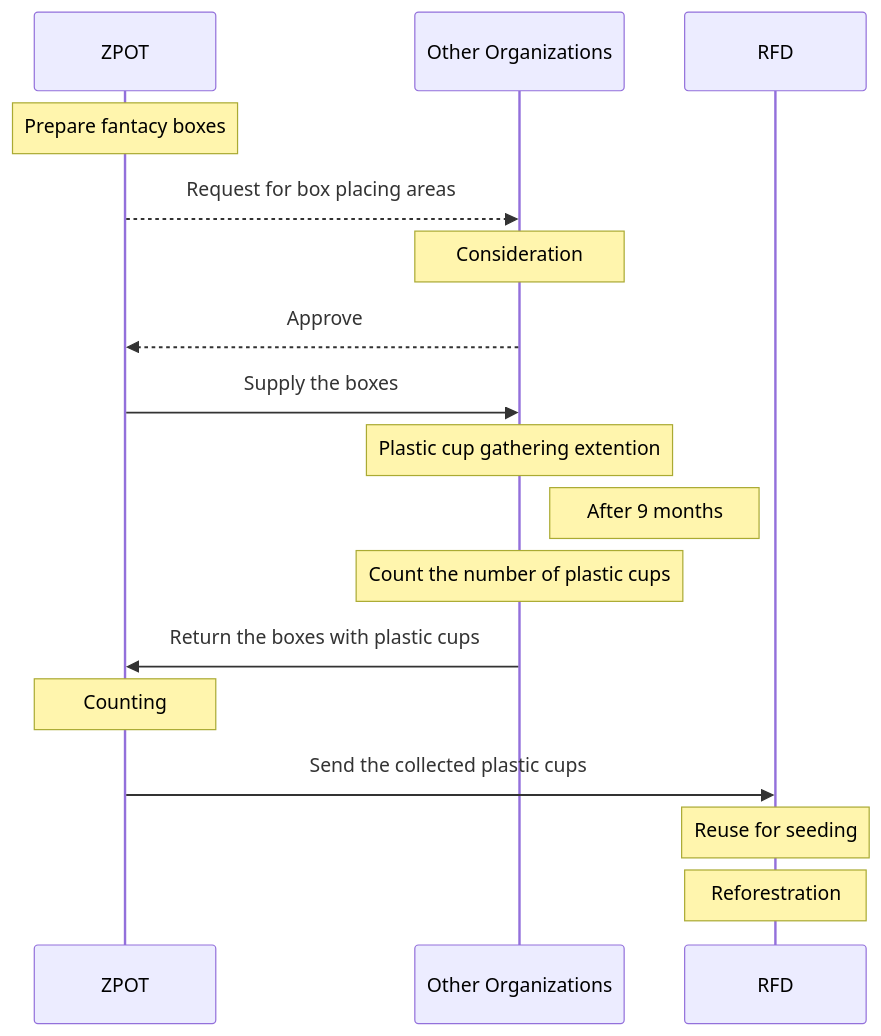
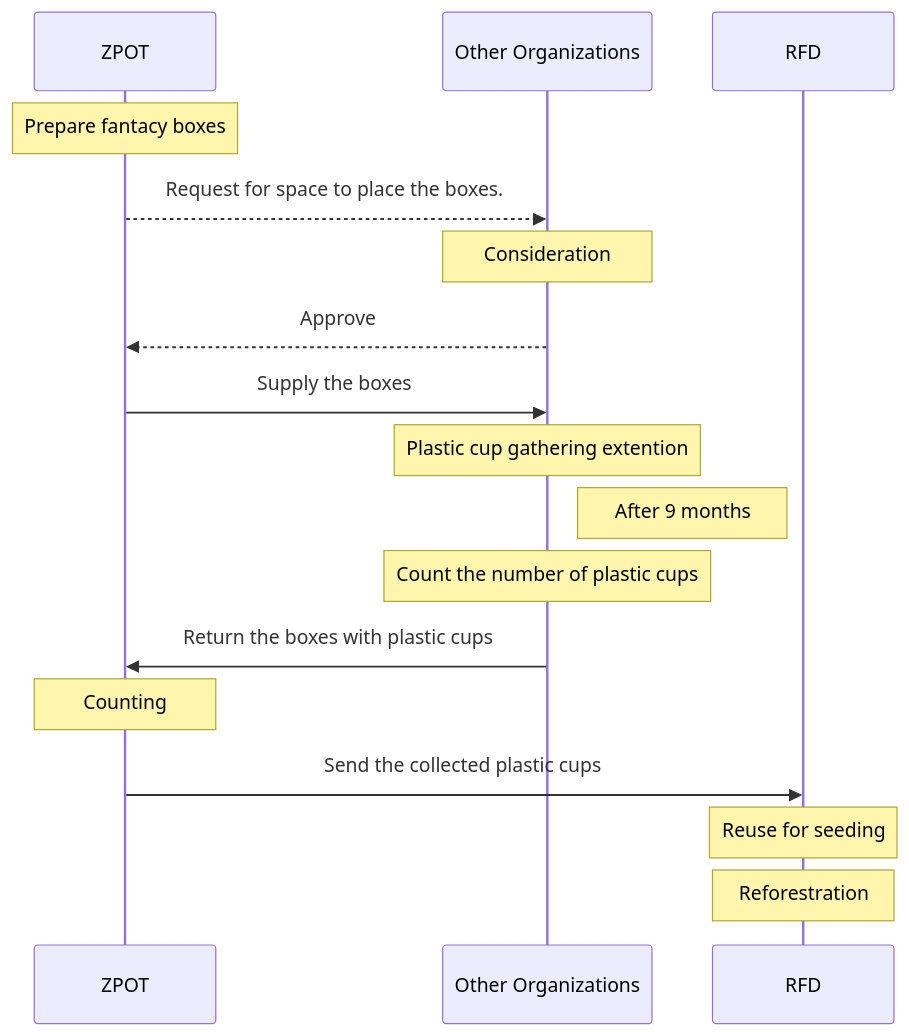
One commit to Kietpawpan/carbon changed the first of 2 diagrams in README.md. Above: the diagram before and after it, drawn with Mermaid.

````diff
--- a/README.md
+++ b/README.md
@@ -11,16 +11,16 @@
 ```mermaid
 sequenceDiagram
     Note over ZPOT: Prepare fantacy boxes  
-    ZPOT-->>Other Organizations: Request for box placing areas
+    ZPOT-->>Other Organizations: Request for space to place the boxes.
     Note over Other Organizations: Consideration
     Other Organizations-->>ZPOT: Approve
     ZPOT->>Other Organizations: Supply the boxes
     Note over Other Organizations: Plastic cup gathering extention
     Note right of Other Organizations: After 9 months
     Note over Other Organizations: Count the number of plastic cups
     Other Organizations->>ZPOT: Return the boxes with plastic cups
     Note over ZPOT: Counting
     ZPOT->>RFD: Send the collected plastic cups
     Note over RFD: Reuse for seeding
     Note over RFD: Reforestration
 ```
````
